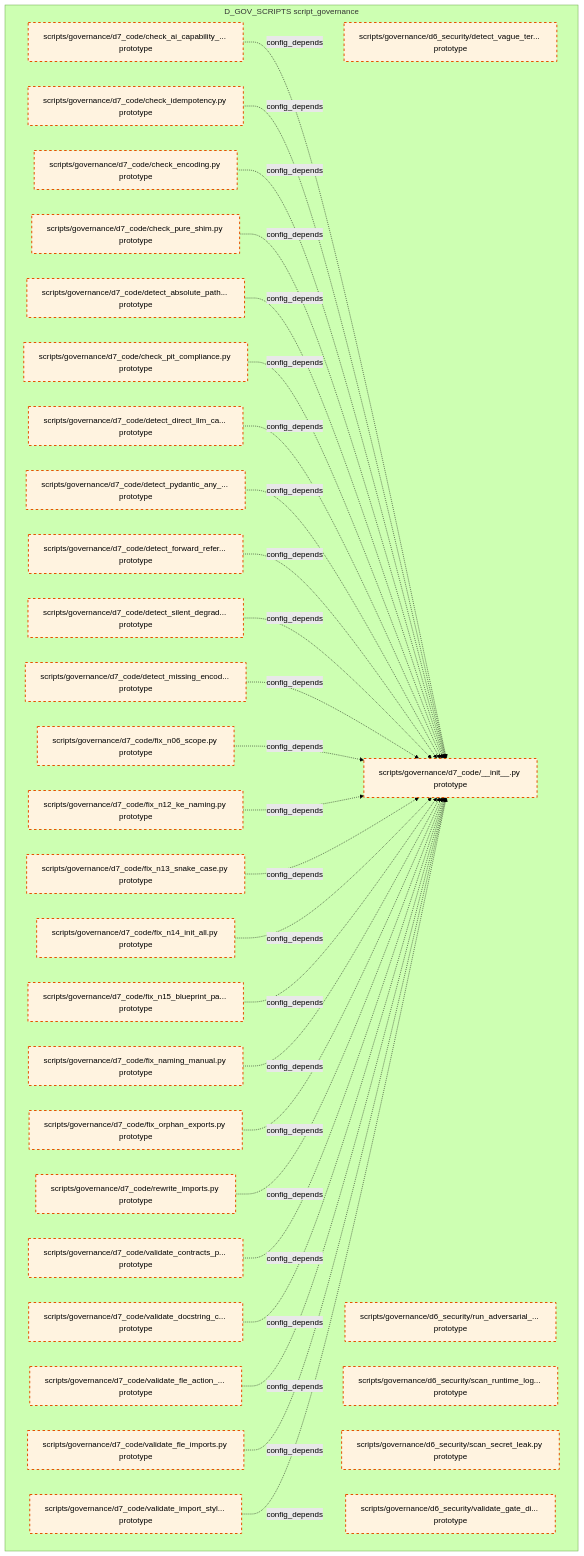
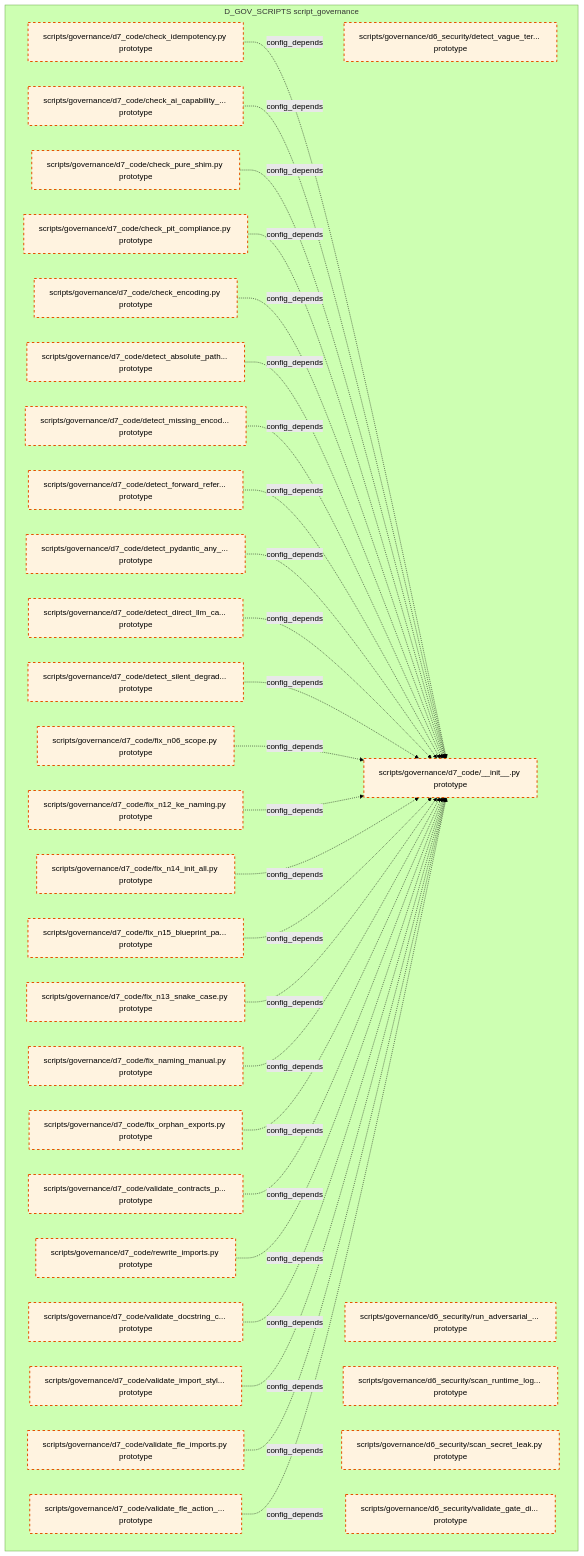
Before and after one commit to xuanFelixVan/ZephyrAlpha: the tenth of 15 diagrams in docs/02_enterprise_architecture/02_domain_architecture_docs/36_d_gov_scripts.md, drawn with Mermaid (forest theme). The commit also changed other lines of this file and 99 other files, not shown here.

````diff
--- a/docs/02_enterprise_architecture/02_domain_architecture_docs/36_d_gov_scripts.md
+++ b/docs/02_enterprise_architecture/02_domain_architecture_docs/36_d_gov_scripts.md
@@ -695,64 +694,64 @@
 ```mermaid
 graph TD
     subgraph D_GOV_SCRIPTS["D_GOV_SCRIPTS script_governance"]
         scripts_governance_d6_security_detect_vague_terms_py["scripts/governance/d6_security/detect_vague_ter... prototype"]
         scripts_governance_d6_security_run_adversarial_checks_py["scripts/governance/d6_security/run_adversarial_... prototype"]
         scripts_governance_d6_security_scan_runtime_log_secrets_py["scripts/governance/d6_security/scan_runtime_log... prototype"]
         scripts_governance_d6_security_scan_secret_leak_py["scripts/governance/d6_security/scan_secret_leak.py prototype"]
         scripts_governance_d6_security_validate_gate_discipline_py["scripts/governance/d6_security/validate_gate_di... prototype"]
         scripts_governance_d7_code_init_py["scripts/governance/d7_code/__init__.py prototype"]
         scripts_governance_d7_code_check_ai_capability_boundary_py["scripts/governance/d7_code/check_ai_capability_... prototype"]
         scripts_governance_d7_code_check_encoding_py["scripts/governance/d7_code/check_encoding.py prototype"]
         scripts_governance_d7_code_check_idempotency_py["scripts/governance/d7_code/check_idempotency.py prototype"]
         scripts_governance_d7_code_check_pit_compliance_py["scripts/governance/d7_code/check_pit_compliance.py prototype"]
         scripts_governance_d7_code_check_pure_shim_py["scripts/governance/d7_code/check_pure_shim.py prototype"]
         scripts_governance_d7_code_detect_absolute_path_hardcoding_py["scripts/governance/d7_code/detect_absolute_path... prototype"]
         scripts_governance_d7_code_detect_direct_llm_calls_py["scripts/governance/d7_code/detect_direct_llm_ca... prototype"]
         scripts_governance_d7_code_detect_forward_reference_py["scripts/governance/d7_code/detect_forward_refer... prototype"]
         scripts_governance_d7_code_detect_missing_encoding_py["scripts/governance/d7_code/detect_missing_encod... prototype"]
         scripts_governance_d7_code_detect_pydantic_any_fields_py["scripts/governance/d7_code/detect_pydantic_any_... prototype"]
         scripts_governance_d7_code_detect_silent_degradation_py["scripts/governance/d7_code/detect_silent_degrad... prototype"]
         scripts_governance_d7_code_fix_n06_scope_py["scripts/governance/d7_code/fix_n06_scope.py prototype"]
         scripts_governance_d7_code_fix_n12_ke_naming_py["scripts/governance/d7_code/fix_n12_ke_naming.py prototype"]
         scripts_governance_d7_code_fix_n13_snake_case_py["scripts/governance/d7_code/fix_n13_snake_case.py prototype"]
         scripts_governance_d7_code_fix_n14_init_all_py["scripts/governance/d7_code/fix_n14_init_all.py prototype"]
         scripts_governance_d7_code_fix_n15_blueprint_path_py["scripts/governance/d7_code/fix_n15_blueprint_pa... prototype"]
         scripts_governance_d7_code_fix_naming_manual_py["scripts/governance/d7_code/fix_naming_manual.py prototype"]
         scripts_governance_d7_code_fix_orphan_exports_py["scripts/governance/d7_code/fix_orphan_exports.py prototype"]
         scripts_governance_d7_code_rewrite_imports_py["scripts/governance/d7_code/rewrite_imports.py prototype"]
         scripts_governance_d7_code_validate_contracts_purity_py["scripts/governance/d7_code/validate_contracts_p... prototype"]
         scripts_governance_d7_code_validate_docstring_coverage_py["scripts/governance/d7_code/validate_docstring_c... prototype"]
         scripts_governance_d7_code_validate_fle_action_metadata_py["scripts/governance/d7_code/validate_fle_action_... prototype"]
         scripts_governance_d7_code_validate_fle_imports_py["scripts/governance/d7_code/validate_fle_imports.py prototype"]
         scripts_governance_d7_code_validate_import_style_py["scripts/governance/d7_code/validate_import_styl... prototype"]
     end
+    scripts_governance_d7_code_check_idempotency_py -.->|config_depends| scripts_governance_d7_code_init_py
     scripts_governance_d7_code_check_ai_capability_boundary_py -.->|config_depends| scripts_governance_d7_code_init_py
-    scripts_governance_d7_code_check_idempotency_py -.->|config_depends| scripts_governance_d7_code_init_py
+    scripts_governance_d7_code_check_pure_shim_py -.->|config_depends| scripts_governance_d7_code_init_py
+    scripts_governance_d7_code_check_pit_compliance_py -.->|config_depends| scripts_governance_d7_code_init_py
     scripts_governance_d7_code_check_encoding_py -.->|config_depends| scripts_governance_d7_code_init_py
-    scripts_governance_d7_code_check_pure_shim_py -.->|config_depends| scripts_governance_d7_code_init_py
     scripts_governance_d7_code_detect_absolute_path_hardcoding_py -.->|config_depends| scripts_governance_d7_code_init_py
-    scripts_governance_d7_code_check_pit_compliance_py -.->|config_depends| scripts_governance_d7_code_init_py
+    scripts_governance_d7_code_detect_missing_encoding_py -.->|config_depends| scripts_governance_d7_code_init_py
+    scripts_governance_d7_code_detect_forward_reference_py -.->|config_depends| scripts_governance_d7_code_init_py
+    scripts_governance_d7_code_detect_pydantic_any_fields_py -.->|config_depends| scripts_governance_d7_code_init_py
     scripts_governance_d7_code_detect_direct_llm_calls_py -.->|config_depends| scripts_governance_d7_code_init_py
-    scripts_governance_d7_code_detect_pydantic_any_fields_py -.->|config_depends| scripts_governance_d7_code_init_py
-    scripts_governance_d7_code_detect_forward_reference_py -.->|config_depends| scripts_governance_d7_code_init_py
     scripts_governance_d7_code_detect_silent_degradation_py -.->|config_depends| scripts_governance_d7_code_init_py
-    scripts_governance_d7_code_detect_missing_encoding_py -.->|config_depends| scripts_governance_d7_code_init_py
     scripts_governance_d7_code_fix_n06_scope_py -.->|config_depends| scripts_governance_d7_code_init_py
     scripts_governance_d7_code_fix_n12_ke_naming_py -.->|config_depends| scripts_governance_d7_code_init_py
-    scripts_governance_d7_code_fix_n13_snake_case_py -.->|config_depends| scripts_governance_d7_code_init_py
     scripts_governance_d7_code_fix_n14_init_all_py -.->|config_depends| scripts_governance_d7_code_init_py
     scripts_governance_d7_code_fix_n15_blueprint_path_py -.->|config_depends| scripts_governance_d7_code_init_py
+    scripts_governance_d7_code_fix_n13_snake_case_py -.->|config_depends| scripts_governance_d7_code_init_py
     scripts_governance_d7_code_fix_naming_manual_py -.->|config_depends| scripts_governance_d7_code_init_py
     scripts_governance_d7_code_fix_orphan_exports_py -.->|config_depends| scripts_governance_d7_code_init_py
+    scripts_governance_d7_code_validate_contracts_purity_py -.->|config_depends| scripts_governance_d7_code_init_py
     scripts_governance_d7_code_rewrite_imports_py -.->|config_depends| scripts_governance_d7_code_init_py
-    scripts_governance_d7_code_validate_contracts_purity_py -.->|config_depends| scripts_governance_d7_code_init_py
     scripts_governance_d7_code_validate_docstring_coverage_py -.->|config_depends| scripts_governance_d7_code_init_py
+    scripts_governance_d7_code_validate_import_style_py -.->|config_depends| scripts_governance_d7_code_init_py
+    scripts_governance_d7_code_validate_fle_imports_py -.->|config_depends| scripts_governance_d7_code_init_py
     scripts_governance_d7_code_validate_fle_action_metadata_py -.->|config_depends| scripts_governance_d7_code_init_py
-    scripts_governance_d7_code_validate_fle_imports_py -.->|config_depends| scripts_governance_d7_code_init_py
-    scripts_governance_d7_code_validate_import_style_py -.->|config_depends| scripts_governance_d7_code_init_py
     classDef production fill:#e1f5fe,stroke:#01579b,stroke-width:2px,color:#000
     classDef design fill:#fff3e0,stroke:#e65100,stroke-width:2px,color:#000,stroke-dasharray: 5 5
     classDef external_prod fill:#e8f5e9,stroke:#1b5e20,stroke-width:1px,color:#000
     classDef external_design fill:#fce4ec,stroke:#880e4f,stroke-width:1px,color:#000,stroke-dasharray: 5 5
     class scripts_governance_d6_security_detect_vague_terms_py,scripts_governance_d6_security_run_adversarial_checks_py,scripts_governance_d6_security_scan_runtime_log_secrets_py,scripts_governance_d6_security_scan_secret_leak_py,scripts_governance_d6_security_validate_gate_discipline_py,scripts_governance_d7_code_init_py,scripts_governance_d7_code_check_ai_capability_boundary_py,scripts_governance_d7_code_check_encoding_py,scripts_governance_d7_code_check_idempotency_py,scripts_governance_d7_code_check_pit_compliance_py,scripts_governance_d7_code_check_pure_shim_py,scripts_governance_d7_code_detect_absolute_path_hardcoding_py,scripts_governance_d7_code_detect_direct_llm_calls_py,scripts_governance_d7_code_detect_forward_reference_py,scripts_governance_d7_code_detect_missing_encoding_py,scripts_governance_d7_code_detect_pydantic_any_fields_py,scripts_governance_d7_code_detect_silent_degradation_py,scripts_governance_d7_code_fix_n06_scope_py,scripts_governance_d7_code_fix_n12_ke_naming_py,scripts_governance_d7_code_fix_n13_snake_case_py,scripts_governance_d7_code_fix_n14_init_all_py,scripts_governance_d7_code_fix_n15_blueprint_path_py,scripts_governance_d7_code_fix_naming_manual_py,scripts_governance_d7_code_fix_orphan_exports_py,scripts_governance_d7_code_rewrite_imports_py,scripts_governance_d7_code_validate_contracts_purity_py,scripts_governance_d7_code_validate_docstring_coverage_py,scripts_governance_d7_code_validate_fle_action_metadata_py,scripts_governance_d7_code_validate_fle_imports_py,scripts_governance_d7_code_validate_import_style_py design
 ```
````
